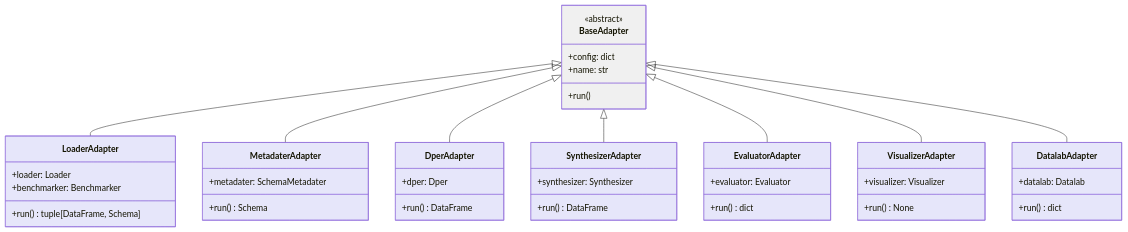
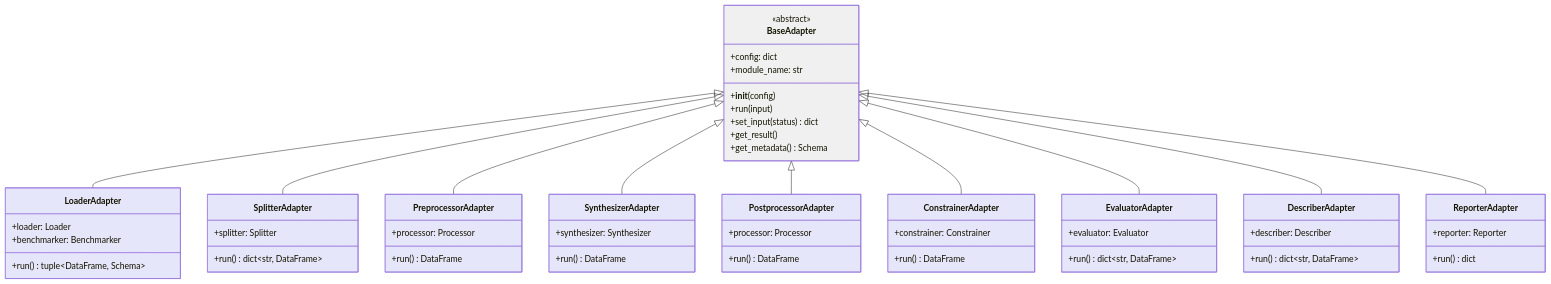
Before and after one commit to nics-dp/petsard: the diagram in doc_site/content/docs/python-api/adapter-api/adapter-overview-diagram.mmd, drawn with Mermaid. The commit also changed 4 other files, not shown here.

Commit message:
docs(adapter-api): update describer and evaluator adapter documentation

```diff
--- a/doc_site/content/docs/python-api/adapter-api/adapter-overview-diagram.mmd
+++ b/doc_site/content/docs/python-api/adapter-api/adapter-overview-diagram.mmd
@@ -1,62 +1,80 @@
 classDiagram
 
     class BaseAdapter {
         <<abstract>>
         +config: dict
-        +name: str
-        +run()
+        +module_name: str
+        +__init__(config)
+        +run(input)
+        +set_input(status) dict
+        +get_result()
+        +get_metadata() Schema
     }
 
     class LoaderAdapter {
         +loader: Loader
         +benchmarker: Benchmarker
-        +run() tuple[DataFrame, Schema]
+        +run() tuple~DataFrame, Schema~
     }
 
-    class MetadaterAdapter {
-        +metadater: SchemaMetadater
-        +run() Schema
+    class SplitterAdapter {
+        +splitter: Splitter
+        +run() dict~str, DataFrame~
     }
 
-    class DperAdapter {
-        +dper: Dper
+    class PreprocessorAdapter {
+        +processor: Processor
         +run() DataFrame
     }
 
     class SynthesizerAdapter {
         +synthesizer: Synthesizer
         +run() DataFrame
     }
 
+    class PostprocessorAdapter {
+        +processor: Processor
+        +run() DataFrame
+    }
+
+    class ConstrainerAdapter {
+        +constrainer: Constrainer
+        +run() DataFrame
+    }
+
     class EvaluatorAdapter {
         +evaluator: Evaluator
-        +run() dict
+        +run() dict~str, DataFrame~
     }
 
-    class VisualizerAdapter {
-        +visualizer: Visualizer
-        +run() None
+    class DescriberAdapter {
+        +describer: Describer
+        +run() dict~str, DataFrame~
     }
 
-    class DatalabAdapter {
-        +datalab: Datalab
+    class ReporterAdapter {
+        +reporter: Reporter
         +run() dict
     }
 
     BaseAdapter <|-- LoaderAdapter
-    BaseAdapter <|-- MetadaterAdapter
-    BaseAdapter <|-- DperAdapter
+    BaseAdapter <|-- SplitterAdapter
+    BaseAdapter <|-- PreprocessorAdapter
     BaseAdapter <|-- SynthesizerAdapter
+    BaseAdapter <|-- PostprocessorAdapter
+    BaseAdapter <|-- ConstrainerAdapter
     BaseAdapter <|-- EvaluatorAdapter
-    BaseAdapter <|-- VisualizerAdapter
-    BaseAdapter <|-- DatalabAdapter
+    BaseAdapter <|-- DescriberAdapter
+    BaseAdapter <|-- ReporterAdapter
 
     %% Style definitions
     style BaseAdapter fill:#F0F0F0
     style LoaderAdapter fill:#E6E6FA
-    style MetadaterAdapter fill:#E6E6FA
-    style DperAdapter fill:#E6E6FA
+    style SplitterAdapter fill:#E6E6FA
+    style PreprocessorAdapter fill:#E6E6FA
     style SynthesizerAdapter fill:#E6E6FA
+    style PostprocessorAdapter fill:#E6E6FA
+    style ConstrainerAdapter fill:#E6E6FA
     style EvaluatorAdapter fill:#E6E6FA
-    style VisualizerAdapter fill:#E6E6FA
-    style DatalabAdapter fill:#E6E6FA
+    style DescriberAdapter fill:#E6E6FA
+    style ReporterAdapter fill:#E6E6FA
```
